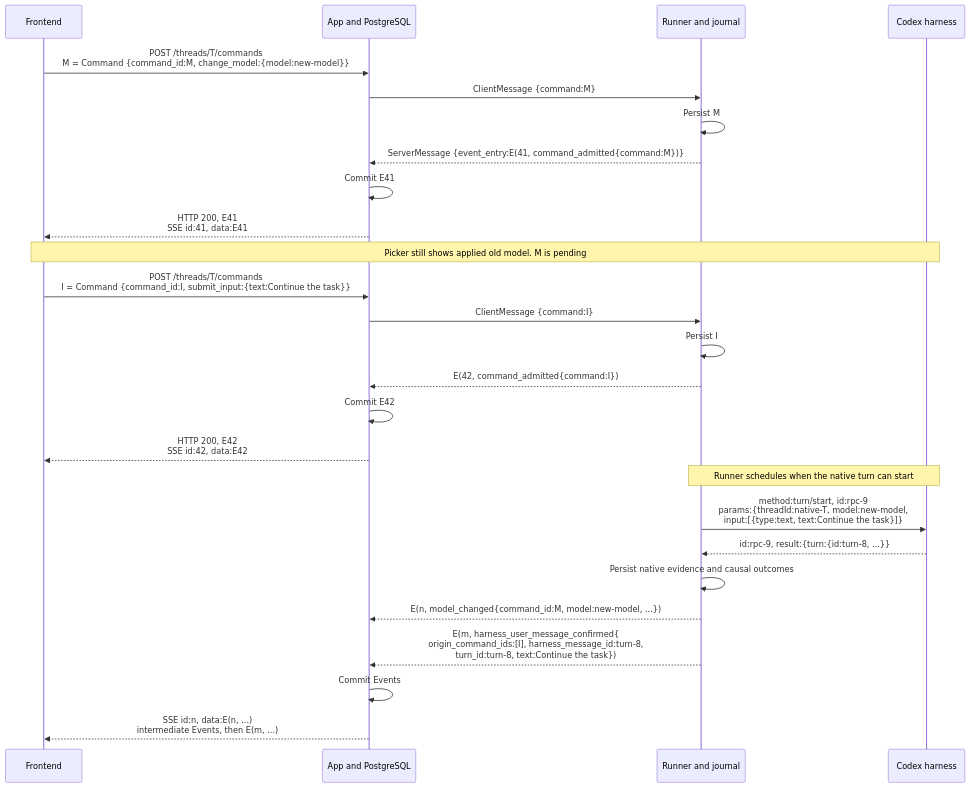
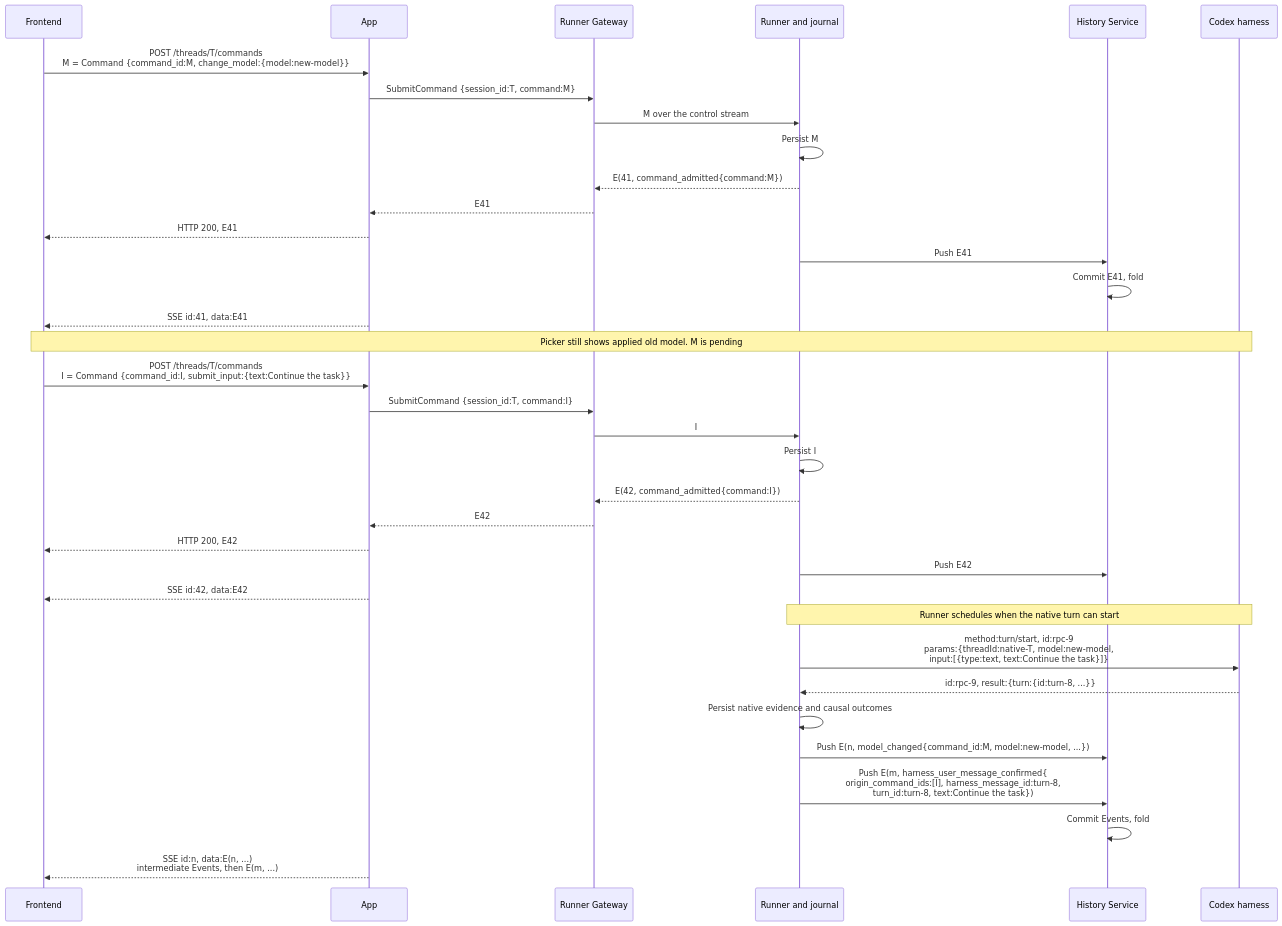
Before and after one commit to agentydragon-agent/ducktape: the second of 6 diagrams in agentplane/docs/thread_layering.md, drawn with Mermaid. The commit also changed other lines of this file and 19 other files, not shown here.

````diff
--- a/agentplane/docs/thread_layering.md
+++ b/agentplane/docs/thread_layering.md
@@ -299,28 +295,37 @@
 ```mermaid
 sequenceDiagram
     participant F as Frontend
-    participant A as App and PostgreSQL
+    participant A as App
+    participant G as Runner Gateway
     participant R as Runner and journal
+    participant HS as History Service
     participant H as Codex harness
     F->>A: POST /threads/T/commands<br/>M = Command {command_id:M, change_model:{model:new-model}}
-    A->>R: ClientMessage {command:M}
+    A->>G: SubmitCommand {session_id:T, command:M}
+    G->>R: M over the control stream
     R->>R: Persist M
-    R-->>A: ServerMessage {event_entry:E(41, command_admitted{command:M})}
-    A->>A: Commit E41
-    A-->>F: HTTP 200, E41<br/>SSE id:41, data:E41
+    R-->>G: E(41, command_admitted{command:M})
+    G-->>A: E41
+    A-->>F: HTTP 200, E41
+    R->>HS: Push E41
+    HS->>HS: Commit E41, fold
+    A-->>F: SSE id:41, data:E41
     Note over F,H: Picker still shows applied old model. M is pending
     F->>A: POST /threads/T/commands<br/>I = Command {command_id:I, submit_input:{text:Continue the task}}
-    A->>R: ClientMessage {command:I}
+    A->>G: SubmitCommand {session_id:T, command:I}
+    G->>R: I
     R->>R: Persist I
-    R-->>A: E(42, command_admitted{command:I})
-    A->>A: Commit E42
-    A-->>F: HTTP 200, E42<br/>SSE id:42, data:E42
+    R-->>G: E(42, command_admitted{command:I})
+    G-->>A: E42
+    A-->>F: HTTP 200, E42
+    R->>HS: Push E42
+    A-->>F: SSE id:42, data:E42
     Note over R,H: Runner schedules when the native turn can start
     R->>H: method:turn/start, id:rpc-9<br/>params:{threadId:native-T, model:new-model,<br/>input:[{type:text, text:Continue the task}]}
     H-->>R: id:rpc-9, result:{turn:{id:turn-8, ...}}
     R->>R: Persist native evidence and causal outcomes
-    R-->>A: E(n, model_changed{command_id:M, model:new-model, ...})
-    R-->>A: E(m, harness_user_message_confirmed{<br/>origin_command_ids:[I], harness_message_id:turn-8,<br/>turn_id:turn-8, text:Continue the task})
-    A->>A: Commit Events
+    R->>HS: Push E(n, model_changed{command_id:M, model:new-model, ...})
+    R->>HS: Push E(m, harness_user_message_confirmed{<br/>origin_command_ids:[I], harness_message_id:turn-8,<br/>turn_id:turn-8, text:Continue the task})
+    HS->>HS: Commit Events, fold
     A-->>F: SSE id:n, data:E(n, ...)<br/>intermediate Events, then E(m, ...)
 ```
````
